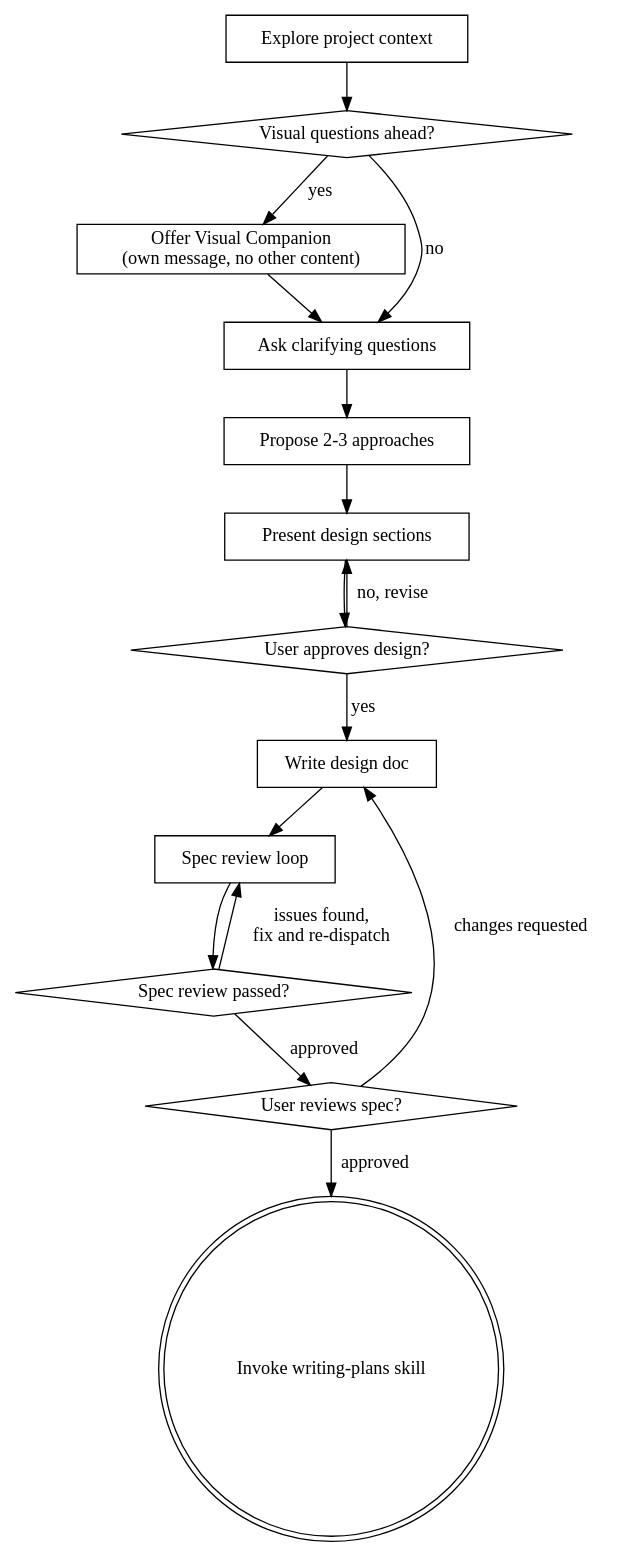
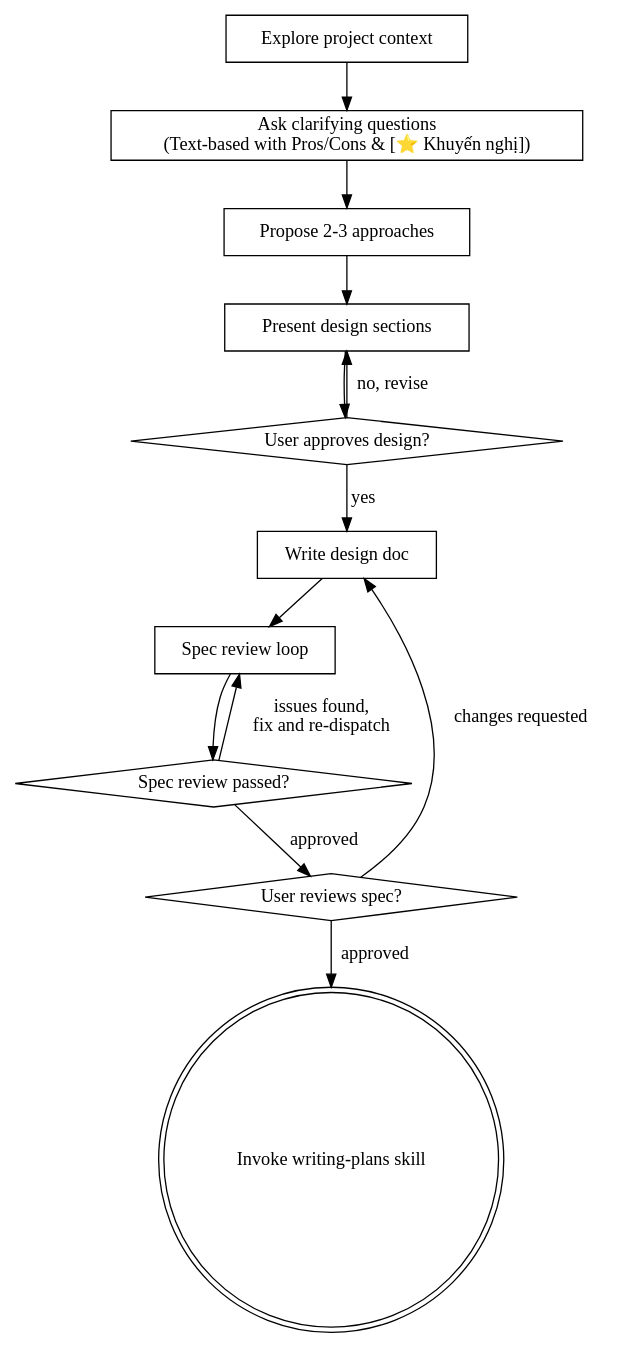
One commit to truongnq-ai/full-stack-skill changed the diagram in skills/common/brainstorming/references/process.md. Above: the diagram before and after it, drawn with Graphviz. The commit also changed 8 other files, not shown here.

Commit message:
Product Requirements Document: Brainstorming Text-based UI

````diff
--- a/skills/common/brainstorming/references/process.md
+++ b/skills/common/brainstorming/references/process.md
@@ -4,32 +4,27 @@
 ```dot
 digraph brainstorming {
     "Explore project context" [shape=box];
-    "Visual questions ahead?" [shape=diamond];
-    "Offer Visual Companion\n(own message, no other content)" [shape=box];
-    "Ask clarifying questions" [shape=box];
+    "Ask clarifying questions\n(Text-based with Pros/Cons & [⭐ Khuyến nghị])" [shape=box];
     "Propose 2-3 approaches" [shape=box];
     "Present design sections" [shape=box];
     "User approves design?" [shape=diamond];
     "Write design doc" [shape=box];
     "Spec review loop" [shape=box];
     "Spec review passed?" [shape=diamond];
     "User reviews spec?" [shape=diamond];
     "Invoke writing-plans skill" [shape=doublecircle];
 
-    "Explore project context" -> "Visual questions ahead?";
-    "Visual questions ahead?" -> "Offer Visual Companion\n(own message, no other content)" [label="yes"];
-    "Visual questions ahead?" -> "Ask clarifying questions" [label="no"];
-    "Offer Visual Companion\n(own message, no other content)" -> "Ask clarifying questions";
-    "Ask clarifying questions" -> "Propose 2-3 approaches";
+    "Explore project context" -> "Ask clarifying questions\n(Text-based with Pros/Cons & [⭐ Khuyến nghị])";
+    "Ask clarifying questions\n(Text-based with Pros/Cons & [⭐ Khuyến nghị])" -> "Propose 2-3 approaches";
     "Propose 2-3 approaches" -> "Present design sections";
     "Present design sections" -> "User approves design?";
     "User approves design?" -> "Present design sections" [label="no, revise"];
     "User approves design?" -> "Write design doc" [label="yes"];
     "Write design doc" -> "Spec review loop";
     "Spec review loop" -> "Spec review passed?";
     "Spec review passed?" -> "Spec review loop" [label="issues found,\nfix and re-dispatch"];
     "Spec review passed?" -> "User reviews spec?" [label="approved"];
     "User reviews spec?" -> "Write design doc" [label="changes requested"];
     "User reviews spec?" -> "Invoke writing-plans skill" [label="approved"];
 }
 ```
````
